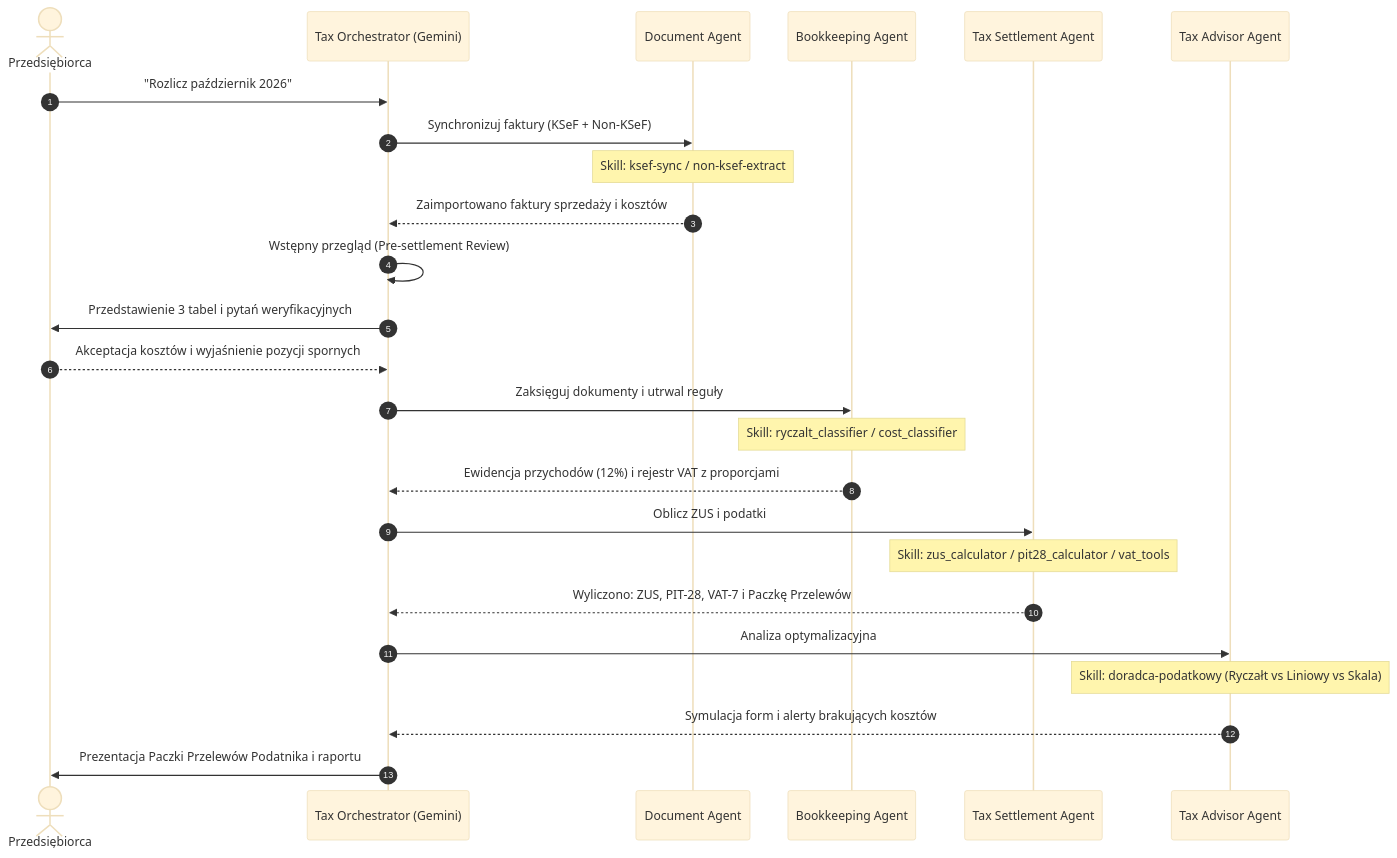
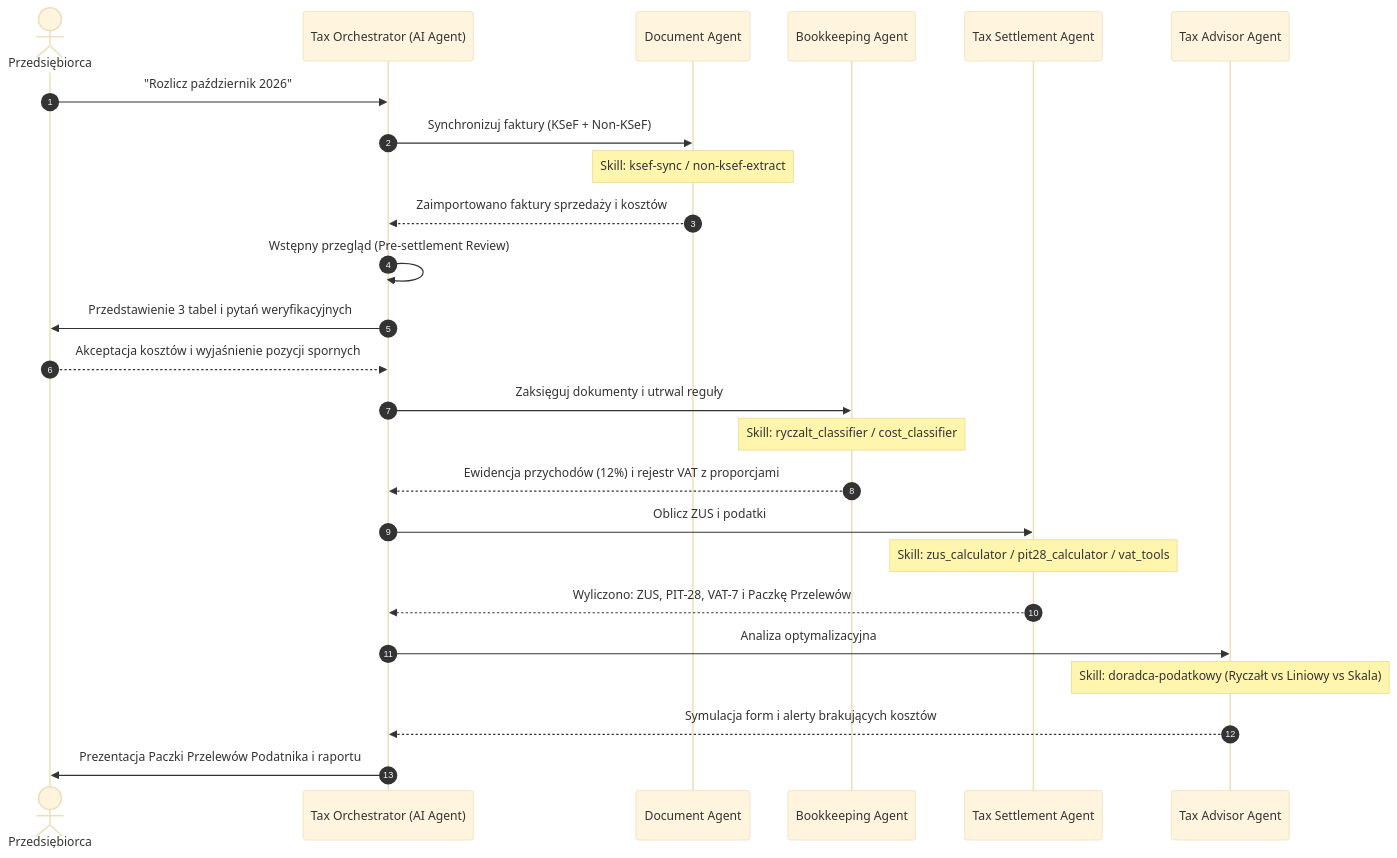
The diagram in AGENTS.md (cackoarek/TaxPilot_AI), drawn with Mermaid (base theme) before and after one commit. The commit also changed other lines of this file and 5 other files, not shown here.

````diff
--- a/AGENTS.md
+++ b/AGENTS.md
@@ -31,33 +31,33 @@
 ```mermaid
 sequenceDiagram
     autonumber
     actor U as Przedsiębiorca
-    participant O as Tax Orchestrator (Gemini)
+    participant O as Tax Orchestrator (AI Agent)
     participant DA as Document Agent
     participant BA as Bookkeeping Agent
     participant TA as Tax Settlement Agent
     participant OA as Tax Advisor Agent
 
     U->>O: "Rozlicz październik 2026"
     O->>DA: Synchronizuj faktury (KSeF + Non-KSeF)
     Note over DA: Skill: ksef-sync / non-ksef-extract
     DA-->>O: Zaimportowano faktury sprzedaży i kosztów
     
     O->>O: Wstępny przegląd (Pre-settlement Review)
     O->>U: Przedstawienie 3 tabel i pytań weryfikacyjnych
     U-->>O: Akceptacja kosztów i wyjaśnienie pozycji spornych
 
     O->>BA: Zaksięguj dokumenty i utrwal reguły
     Note over BA: Skill: ryczalt_classifier / cost_classifier
     BA-->>O: Ewidencja przychodów (12%) i rejestr VAT z proporcjami
 
     O->>TA: Oblicz ZUS i podatki
     Note over TA: Skill: zus_calculator / pit28_calculator / vat_tools
     TA-->>O: Wyliczono: ZUS, PIT-28, VAT-7 i Paczkę Przelewów
 
     O->>OA: Analiza optymalizacyjna
     Note over OA: Skill: doradca-podatkowy (Ryczałt vs Liniowy vs Skala)
     OA-->>O: Symulacja form i alerty brakujących kosztów
 
     O->>U: Prezentacja Paczki Przelewów Podatnika i raportu
 ```
````
